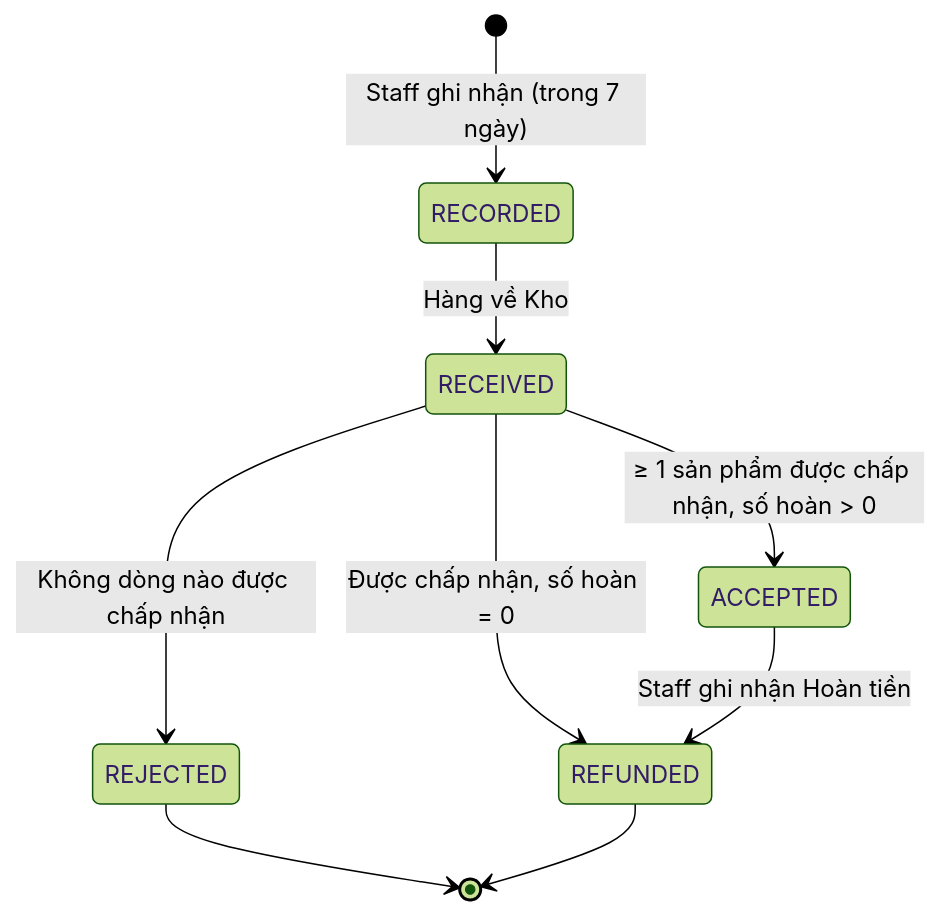
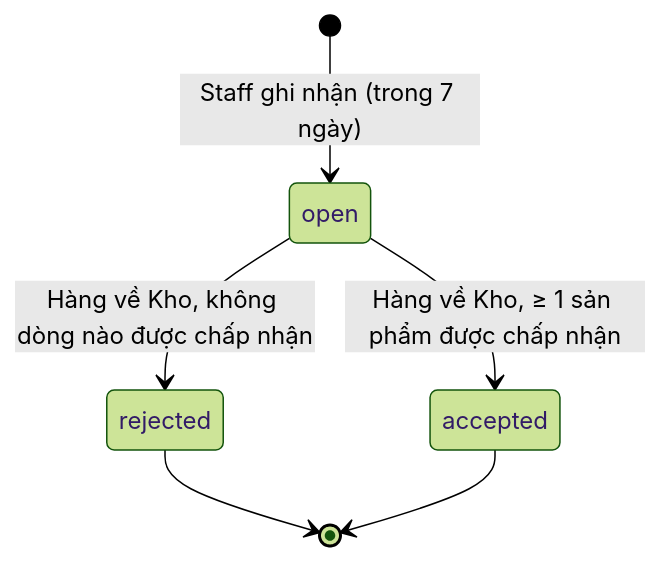
The diagram in docs/architecture/modules/refunds-returns.md (LuongCongThanh/be-demo), drawn with Mermaid (forest theme) before and after one commit. The commit also changed other lines of this file and 15 other files, not shown here.

Commit message:
docs: align module docs with target schema

````diff
--- a/docs/architecture/modules/refunds-returns.md
+++ b/docs/architecture/modules/refunds-returns.md
@@ -45,11 +44,8 @@
 ```mermaid
 stateDiagram-v2
-    [*] --> RECORDED: Staff ghi nhận (trong 7 ngày)
-    RECORDED --> RECEIVED: Hàng về Kho
-    RECEIVED --> REJECTED: Không dòng nào được chấp nhận
-    RECEIVED --> ACCEPTED: ≥ 1 sản phẩm được chấp nhận, số hoàn > 0
-    RECEIVED --> REFUNDED: Được chấp nhận, số hoàn = 0
-    ACCEPTED --> REFUNDED: Staff ghi nhận Hoàn tiền
-    REJECTED --> [*]
-    REFUNDED --> [*]
+    [*] --> open: Staff ghi nhận (trong 7 ngày)
+    open --> rejected: Hàng về Kho, không dòng nào được chấp nhận
+    open --> accepted: Hàng về Kho, ≥ 1 sản phẩm được chấp nhận
+    rejected --> [*]
+    accepted --> [*]
 ```
````
